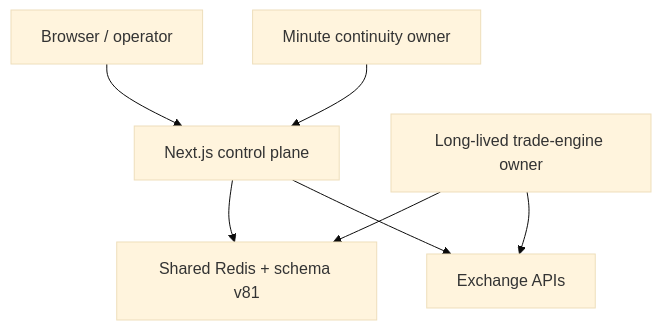
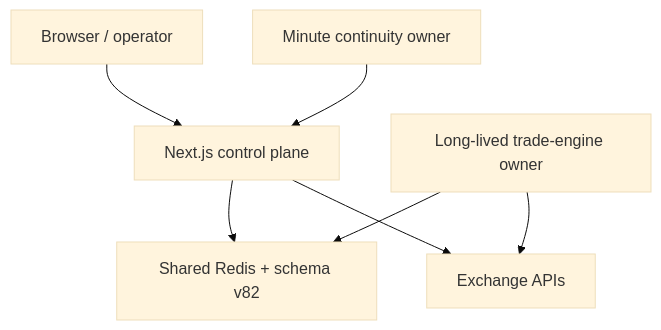
Before and after one commit to mxssnx-creator/CTS-K-N: the diagram in docs/recreation/architecture.md, drawn with Mermaid (base theme). The commit also changed 111 other files, not shown here.

````diff
--- a/docs/recreation/architecture.md
+++ b/docs/recreation/architecture.md
@@ -7,9 +7,9 @@
 ```mermaid
 flowchart TB
   U["Browser / operator"] --> W["Next.js control plane"]
-  W --> R["Shared Redis + schema v81"]
+  W --> R["Shared Redis + schema v82"]
   C["Minute continuity owner"] --> W
   E["Long-lived trade-engine owner"] --> R
   E --> X["Exchange APIs"]
   W --> X
 ```
````
